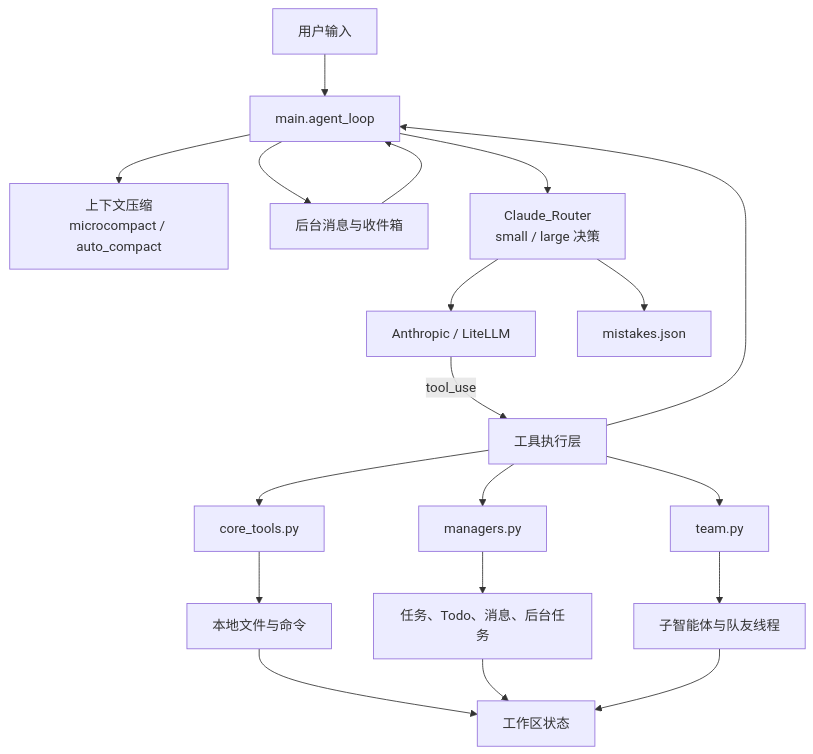
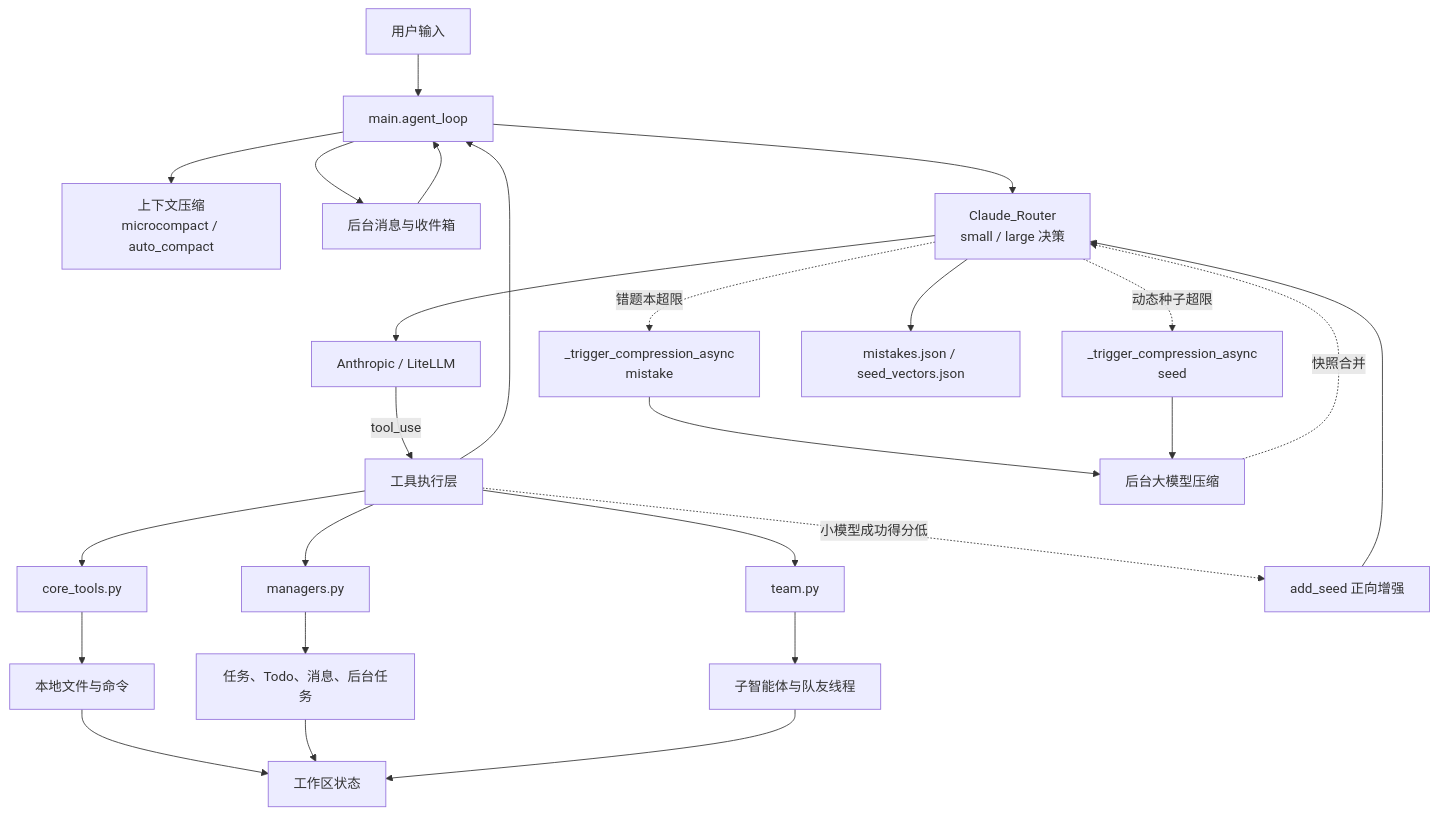
One commit to xinxingruji/Daemon-Agent changed the first of 2 diagrams in TECHNICAL_REPORT.md. Above: the diagram before and after it, drawn with Mermaid. The commit also changed other lines of this file, not shown here.

````diff
--- a/TECHNICAL_REPORT.md
+++ b/TECHNICAL_REPORT.md
@@ -62,21 +73,34 @@
 ```mermaid
 flowchart TD
     U[用户输入] --> M[main.agent_loop]
     M --> C[上下文压缩<br/>microcompact / auto_compact]
     M --> B[后台消息与收件箱]
     B --> M
     M --> R[Claude_Router<br/>small / large 决策]
     R --> LLM[Anthropic / LiteLLM]
     LLM -->|tool_use| T[工具执行层]
     T --> F[core_tools.py]
     T --> G[managers.py]
     T --> H[team.py]
     F --> S1[本地文件与命令]
     G --> S2[任务、Todo、消息、后台任务]
     H --> S3[子智能体与队友线程]
     T --> M
-    R --> MB[mistakes.json]
+
+    %% 种子库动态增强回路（主循环同步路径）
+    T -.->|小模型成功得分低| FB[add_seed 正向增强]
+    FB --> R
+
+    %% 后台异步压缩线程
+    R -.->|错题本超限| AC1[_trigger_compression_async<br/>mistake]
+    R -.->|动态种子超限| AC2[_trigger_compression_async<br/>seed]
+    AC1 --> LLMBG[后台大模型压缩]
+    AC2 --> LLMBG
+    LLMBG -.->|快照合并| R
+
+    %% 持久化
+    R --> MB[mistakes.json / seed_vectors.json]
     S1 --> D[工作区状态]
     S2 --> D
     S3 --> D
 ```
````
